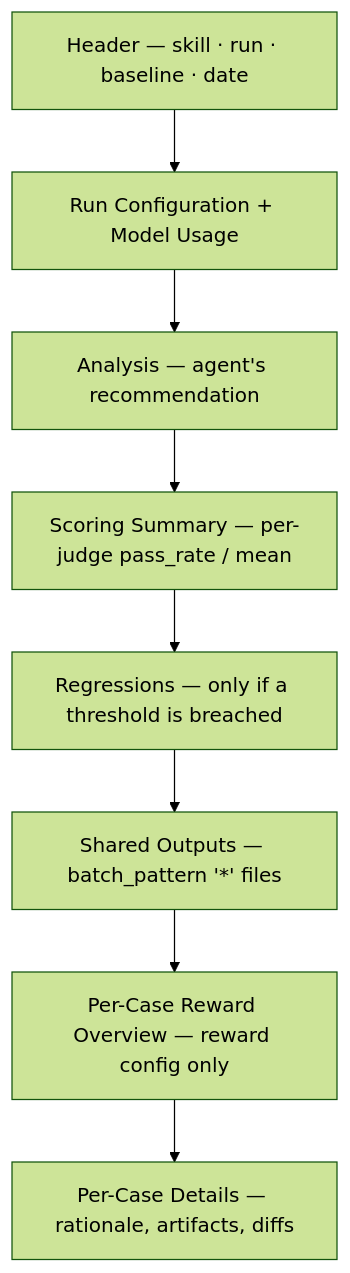
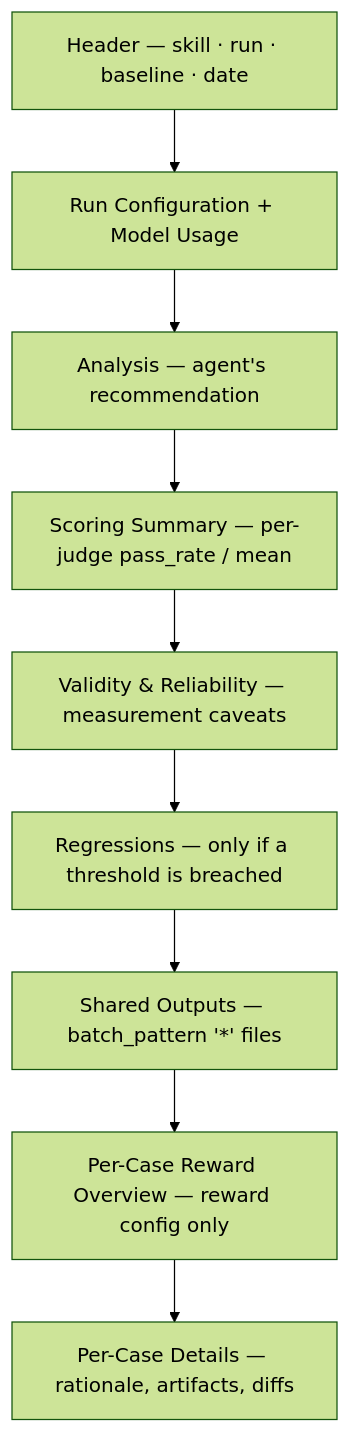
Before and after one commit to opendatahub-io/agent-eval-harness: the diagram in website/get-started/reading-the-report.md, drawn with Mermaid (forest theme). The commit also changed other lines of this file and 14 other files, not shown here.

````diff
--- a/website/get-started/reading-the-report.md
+++ b/website/get-started/reading-the-report.md
@@ -45,10 +45,11 @@
 ```mermaid
 flowchart TD
     H[Header — skill · run · baseline · date] --> RC[Run Configuration + Model Usage]
     RC --> AN[Analysis — agent's recommendation]
     AN --> SS[Scoring Summary — per-judge pass_rate / mean]
-    SS --> RG[Regressions — only if a threshold is breached]
+    SS --> VR["Validity & Reliability — measurement caveats"]
+    VR --> RG[Regressions — only if a threshold is breached]
     RG --> SO[Shared Outputs — batch_pattern '*' files]
     SO --> RO["Per-Case Reward Overview — reward config only"]
     RO --> PC[Per-Case Details — rationale, artifacts, diffs]
 ```
````
